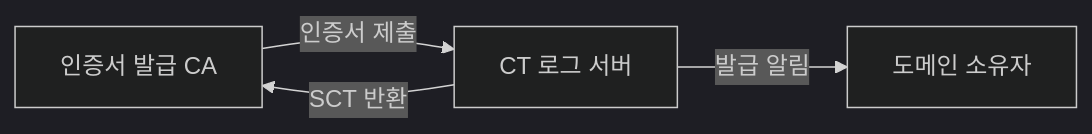
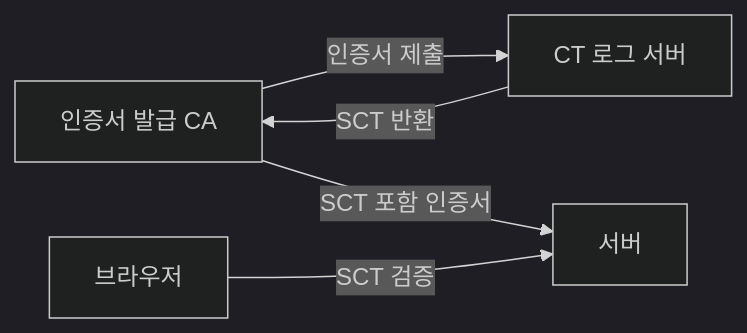
Before and after one commit to yjkim2015/yjkim2015.github.io: the eighth of 10 diagrams in _posts/network/2026-05-03-https-tls.md, drawn with Mermaid (dark theme). The commit also changed other lines of this file and 4 other files, not shown here.

````diff
--- a/_posts/network/2026-05-03-https-tls.md
+++ b/_posts/network/2026-05-03-https-tls.md
@@ -212,6 +790,7 @@
 ```mermaid
 graph LR
     CA["인증서 발급 CA"] -->|"인증서 제출"| CTL["CT 로그 서버"]
     CTL -->|"SCT 반환"| CA
-    CTL -->|"발급 알림"| DOM["도메인 소유자"]
+    CA -->|"SCT 포함 인증서"| Server["서버"]
+    Browser["브라우저"] -->|"SCT 검증"| Server
 ```
````
